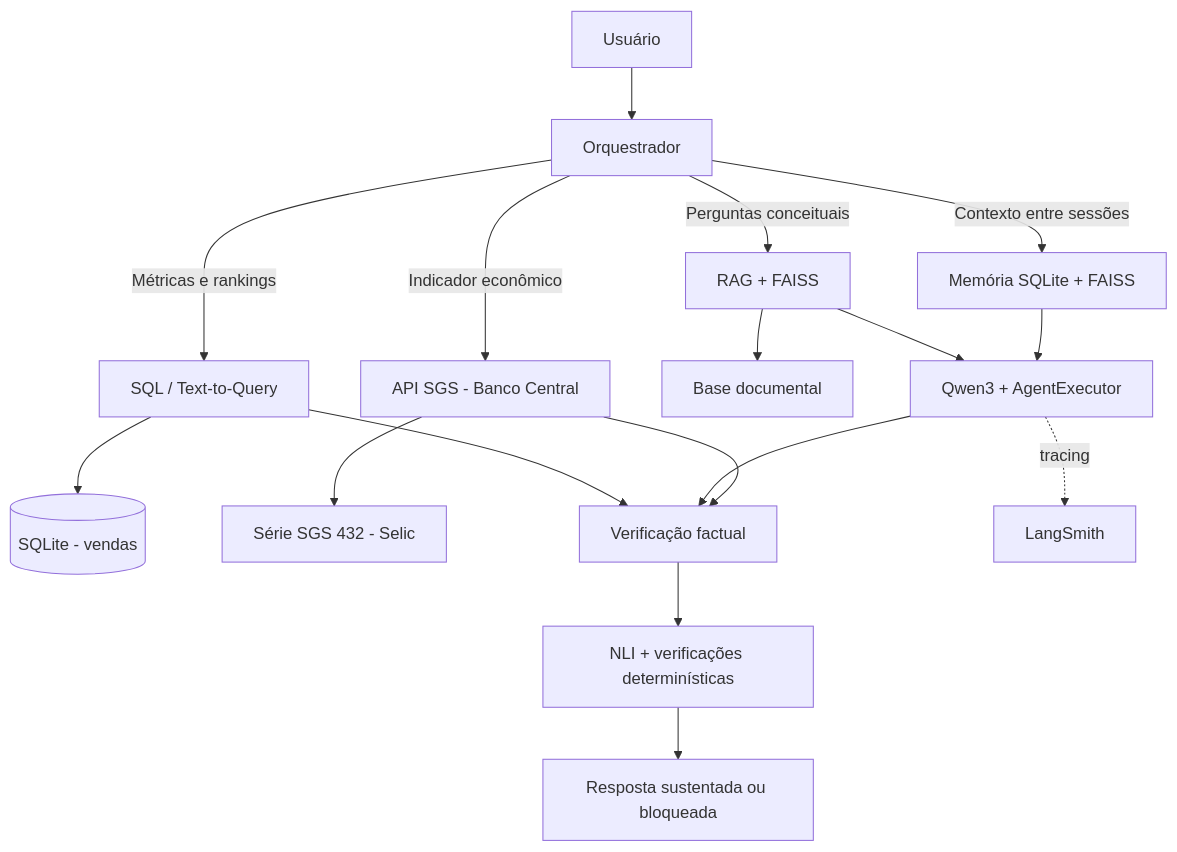
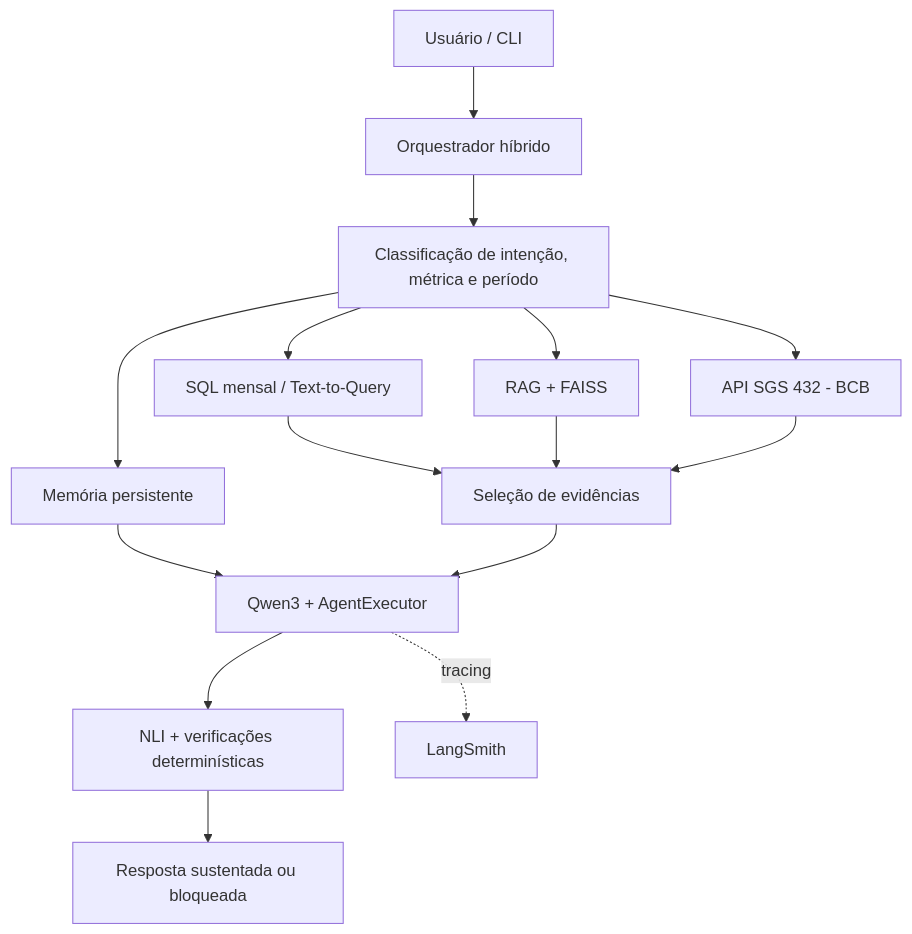
One commit to vitorturcisn/business-intelligence-agent changed the diagram in README.md. Above: the diagram before and after it, drawn with Mermaid. The commit also changed other lines of this file, not shown here.

````diff
--- a/README.md
+++ b/README.md
@@ -11,19 +35,17 @@
 ```mermaid
 flowchart TD
-    U[Usuário] --> O[Orquestrador]
-    O -->|Métricas e rankings| SQL[SQL / Text-to-Query]
-    O -->|Perguntas conceituais| RAG[RAG + FAISS]
-    O -->|Indicador econômico| BCB[API SGS - Banco Central]
-    O -->|Contexto entre sessões| MEM[Memória SQLite + FAISS]
-    SQL --> DB[(SQLite - vendas)]
-    RAG --> KB[Base documental]
-    BCB --> SGS[Série SGS 432 - Selic]
-    SQL --> V[Verificação factual]
-    RAG --> Q[Qwen3 + AgentExecutor]
-    Q --> V
-    MEM --> Q
-    BCB --> V
-    V --> NLI[NLI + verificações determinísticas]
-    NLI --> RESP[Resposta sustentada ou bloqueada]
+    U[Usuário / CLI] --> O[Orquestrador híbrido]
+    O --> R[Classificação de intenção, métrica e período]
+    R --> SQL[SQL mensal / Text-to-Query]
+    R --> RAG[RAG + FAISS]
+    R --> API[API SGS 432 - BCB]
+    R --> MEM[Memória persistente]
+    SQL --> EV[Seleção de evidências]
+    RAG --> EV
+    API --> EV
+    MEM --> Q[Qwen3 + AgentExecutor]
+    EV --> Q
+    Q --> NLI[NLI + verificações determinísticas]
+    NLI --> OUT[Resposta sustentada ou bloqueada]
     Q -. tracing .-> LS[LangSmith]
 ```
````
